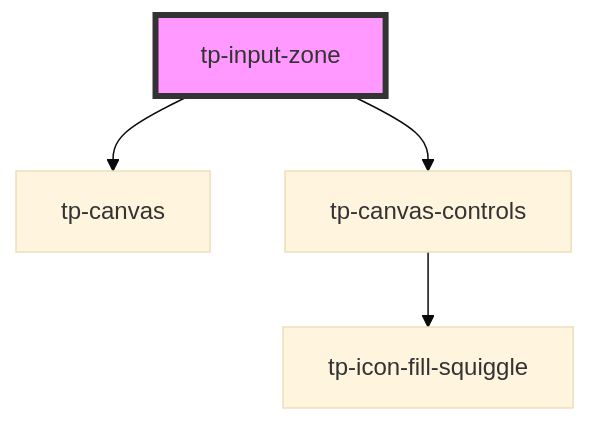
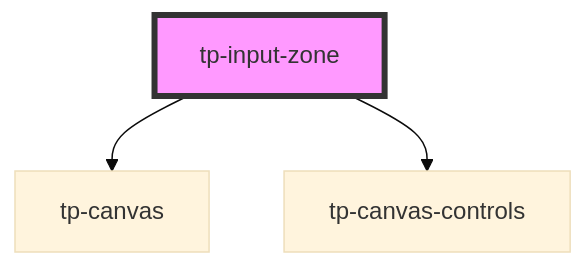
The diagram in packages/byfo-components/src/components/tp-input-zone/readme.md (Jacob-Griffin/TelephonePictionaryStencilVue), drawn with Mermaid (base theme) before and after one commit. The commit also changed 12 other files, not shown here.

````diff
--- a/packages/byfo-components/src/components/tp-input-zone/readme.md
+++ b/packages/byfo-components/src/components/tp-input-zone/readme.md
@@ -25,7 +25,6 @@
 ```mermaid
 graph TD;
   tp-input-zone --> tp-canvas
   tp-input-zone --> tp-canvas-controls
-  tp-canvas-controls --> tp-icon-fill-squiggle
   style tp-input-zone fill:#f9f,stroke:#333,stroke-width:4px
 ```
````
